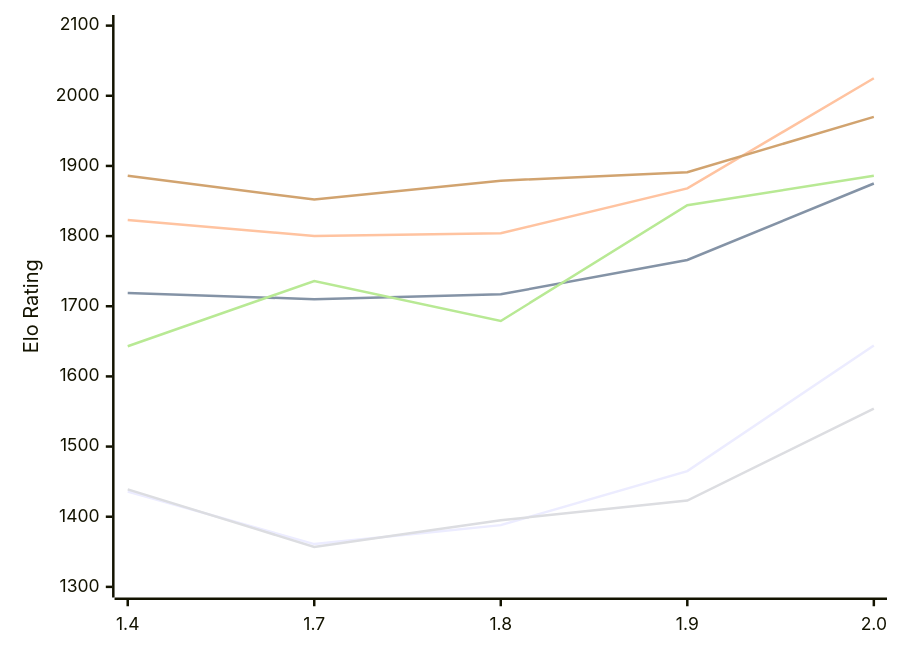
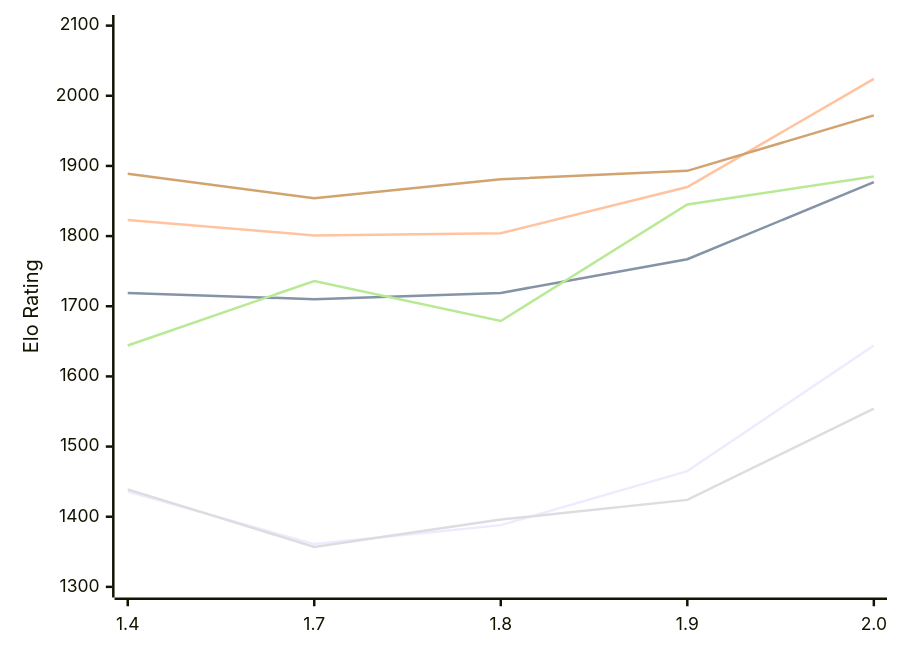
Before and after one commit to computer-chess-index/cci: the diagram in engines/Russell.md, drawn with Mermaid. The commit also changed other lines of this file, not shown here.

Commit message:
Update CCI Ratings (ELO VLTC) - 2026-11-28

````diff
--- a/engines/Russell.md
+++ b/engines/Russell.md
@@ -55,12 +55,12 @@
 ```mermaid
 %%{init: {"theme":"base","themeVariables":{"seriesColors:['#a3a3a3','#222221','#faa371']}}}%%
 xychart-beta
   x-axis ["1.4", "1.7", "1.8", "1.9", "2.0"]
   y-axis "Elo Rating" 1300 --> 2100
   line "E1: STC (8.0+0.08s)" [1436, 1361, 1388, 1465, 1644]
-  line "E1: LTC (60.0+0.60s)" [1719, 1710, 1717, 1766, 1875]
-  line "E1: VLTC (2m24s+1.12s)" [1823, 1800, 1804, 1868, 2025]
-  line "P1: STC (8.0+0.08s)" [1439, 1357, 1395, 1423, 1554]
-  line "P1: LTC (60.0+0.60s)" [1643, 1736, 1679, 1844, 1886]
-  line "P1: VLTC (2m24s+1.12s)" [1886, 1852, 1879, 1891, 1970]
+  line "E1: LTC (60.0+0.60s)" [1719, 1710, 1719, 1767, 1877]
+  line "E1: VLTC (2m24s+1.12s)" [1823, 1801, 1804, 1870, 2024]
+  line "P1: STC (8.0+0.08s)" [1439, 1357, 1396, 1424, 1554]
+  line "P1: LTC (60.0+0.60s)" [1644, 1736, 1679, 1845, 1885]
+  line "P1: VLTC (2m24s+1.12s)" [1889, 1854, 1881, 1893, 1972]
 ```
````
